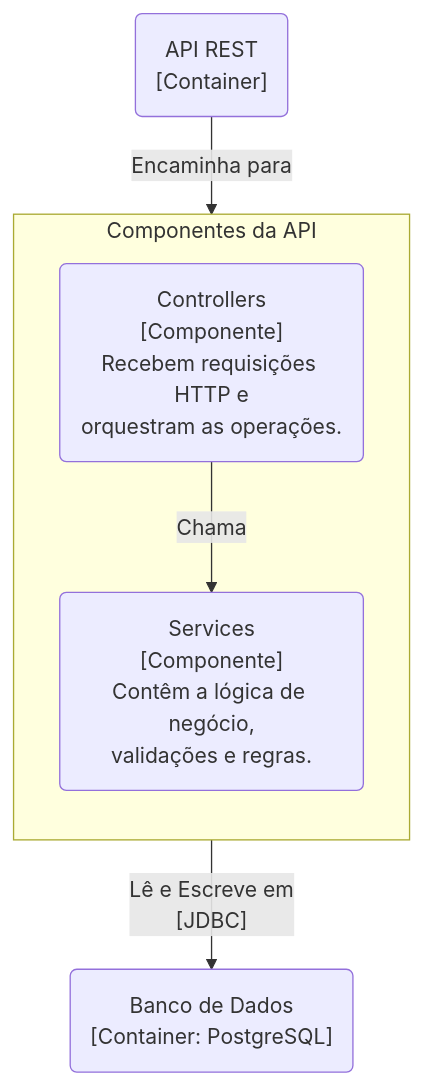
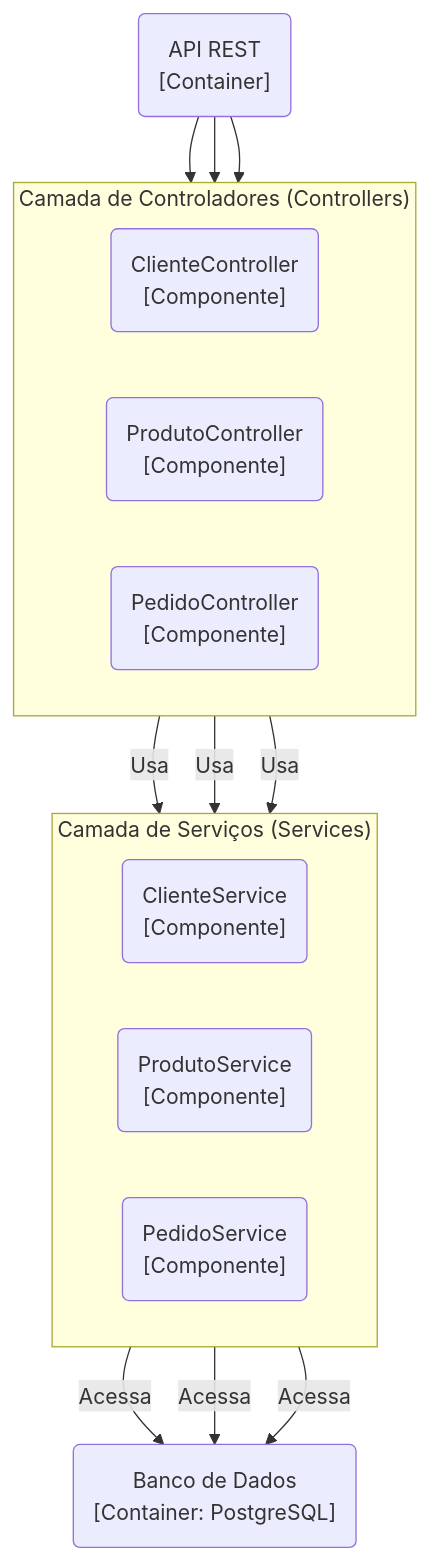
The third of 6 diagrams in DESENHO_ARQUITETURAL.md (iagobrdev/orders-bootcamp), drawn with Mermaid before and after one commit. The commit also changed other lines of this file, not shown here.

Commit message:
final version

````diff
--- a/DESENHO_ARQUITETURAL.md
+++ b/DESENHO_ARQUITETURAL.md
@@ -192,16 +192,32 @@
 ```mermaid
 graph TD
-    container_api("API REST<br>[Container]")
+    direction TB
     
-    subgraph "Componentes da API"
-        direction TB
-        c("Controllers<br>[Componente]<br>Recebem requisições HTTP e<br>orquestram as operações.")
-        s("Services<br>[Componente]<br>Contêm a lógica de negócio,<br>validações e regras.")
+    api("API REST<br>[Container]")
+
+    subgraph "Camada de Controladores (Controllers)"
+        direction LR
+        cc("ClienteController<br>[Componente]")
+        pc("ProdutoController<br>[Componente]")
+        oc("PedidoController<br>[Componente]")
     end
-    
+
+    subgraph "Camada de Serviços (Services)"
+        direction LR
+        cs("ClienteService<br>[Componente]")
+        ps("ProdutoService<br>[Componente]")
+        os("PedidoService<br>[Componente]")
+    end
+
     db("Banco de Dados<br>[Container: PostgreSQL]")
 
-    container_api -- "Encaminha para" --> c
-    c -- "Chama" --> s
-    s -- "Lê e Escreve em<br>[JDBC]" --> db
+    api --> cc & pc & oc
+
+    cc -- "Usa" --> cs
+    pc -- "Usa" --> ps
+    oc -- "Usa" --> os
+
+    cs -- "Acessa" --> db
+    ps -- "Acessa" --> db
+    os -- "Acessa" --> db
 ```
````
